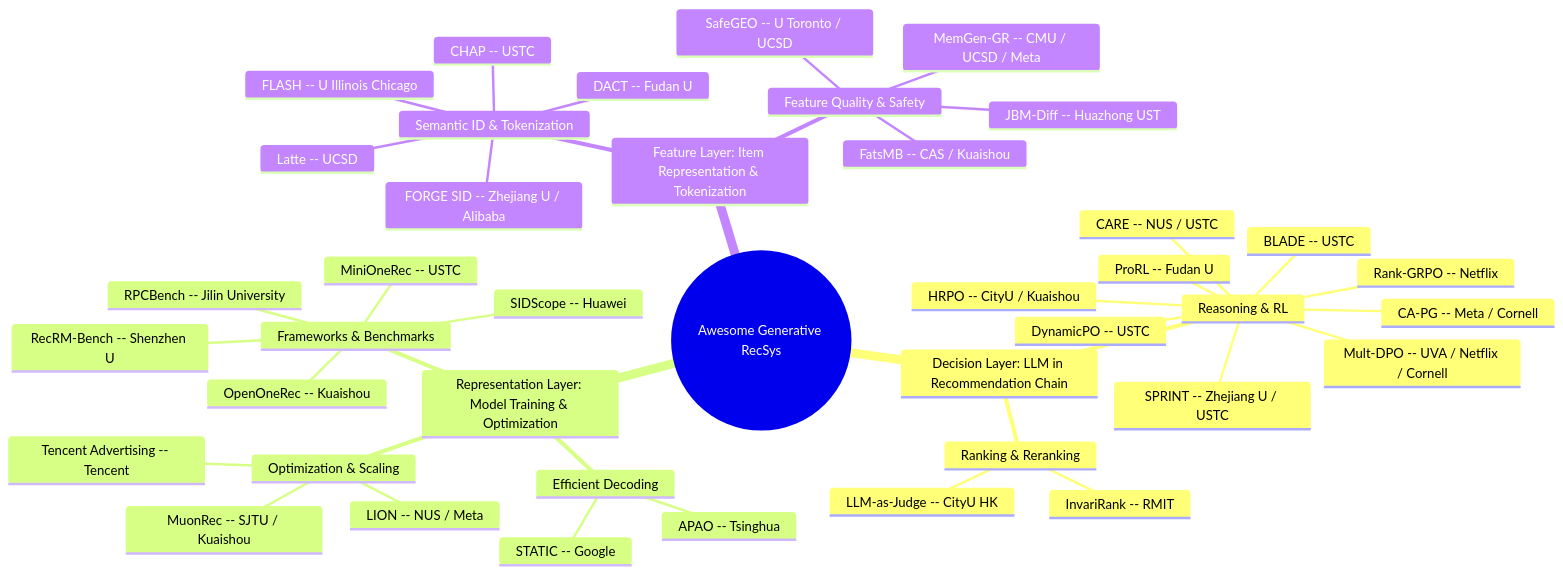
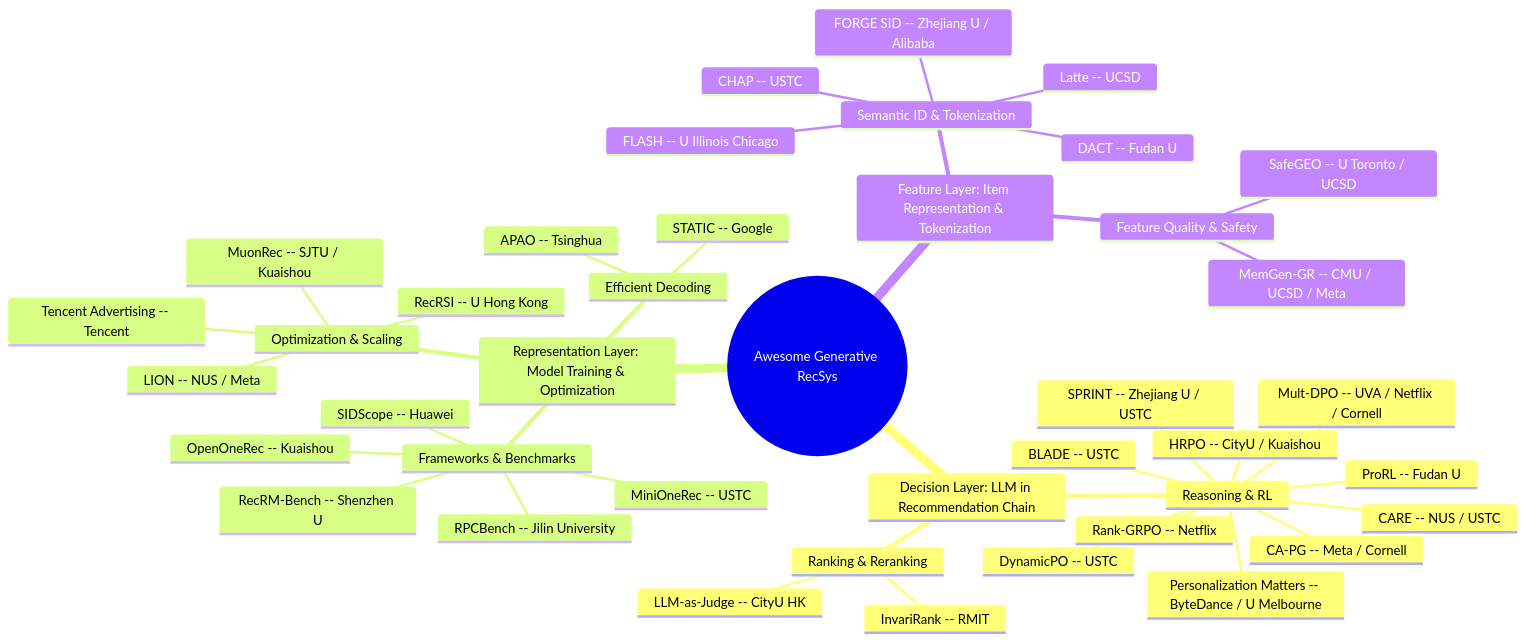
The diagram in README.md (HaFred/awesome-generative-recsys), drawn with Mermaid before and after one commit. The commit also changed other lines of this file and 3 other files, not shown here.

Commit message:
feat: October 09 — 5 gen-rec papers (2 opensource: Personalization Matters, RecRSI); archive Sep 28

````diff
--- a/README.md
+++ b/README.md
@@ -30,44 +30,44 @@
 ```mermaid
 mindmap
   root((Awesome Generative RecSys))
     Decision Layer: LLM in Recommendation Chain
       Reasoning & RL
         Rank-GRPO -- Netflix
         DynamicPO -- USTC
         BLADE -- USTC
         SPRINT -- Zhejiang U / USTC
         CARE -- NUS / USTC
         HRPO -- CityU / Kuaishou
         Mult-DPO -- UVA / Netflix / Cornell
         CA-PG -- Meta / Cornell
         ProRL -- Fudan U
+        Personalization Matters -- ByteDance / U Melbourne
       Ranking & Reranking
         InvariRank -- RMIT
         LLM-as-Judge -- CityU HK
     Representation Layer: Model Training & Optimization
       Frameworks & Benchmarks
         MiniOneRec -- USTC
         OpenOneRec -- Kuaishou
         RecRM-Bench -- Shenzhen U
         SIDScope -- Huawei
         RPCBench -- Jilin University
       Efficient Decoding
         STATIC -- Google
         APAO -- Tsinghua
       Optimization & Scaling
         MuonRec -- SJTU / Kuaishou
         Tencent Advertising -- Tencent
         LION -- NUS / Meta
+        RecRSI -- U Hong Kong
     Feature Layer: Item Representation & Tokenization
       Semantic ID & Tokenization
         Latte -- UCSD
         FORGE SID -- Zhejiang U / Alibaba
         DACT -- Fudan U
         CHAP -- USTC
         FLASH -- U Illinois Chicago
       Feature Quality & Safety
         SafeGEO -- U Toronto / UCSD
         MemGen-GR -- CMU / UCSD / Meta
-        JBM-Diff -- Huazhong UST
-        FatsMB -- CAS / Kuaishou
 ```
````
